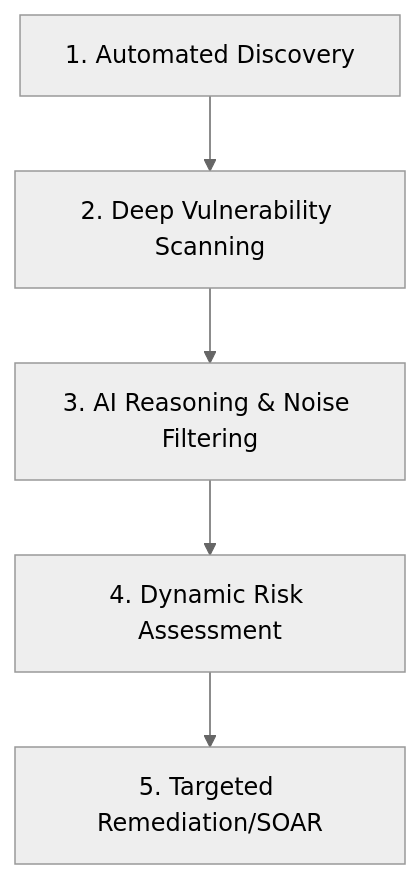
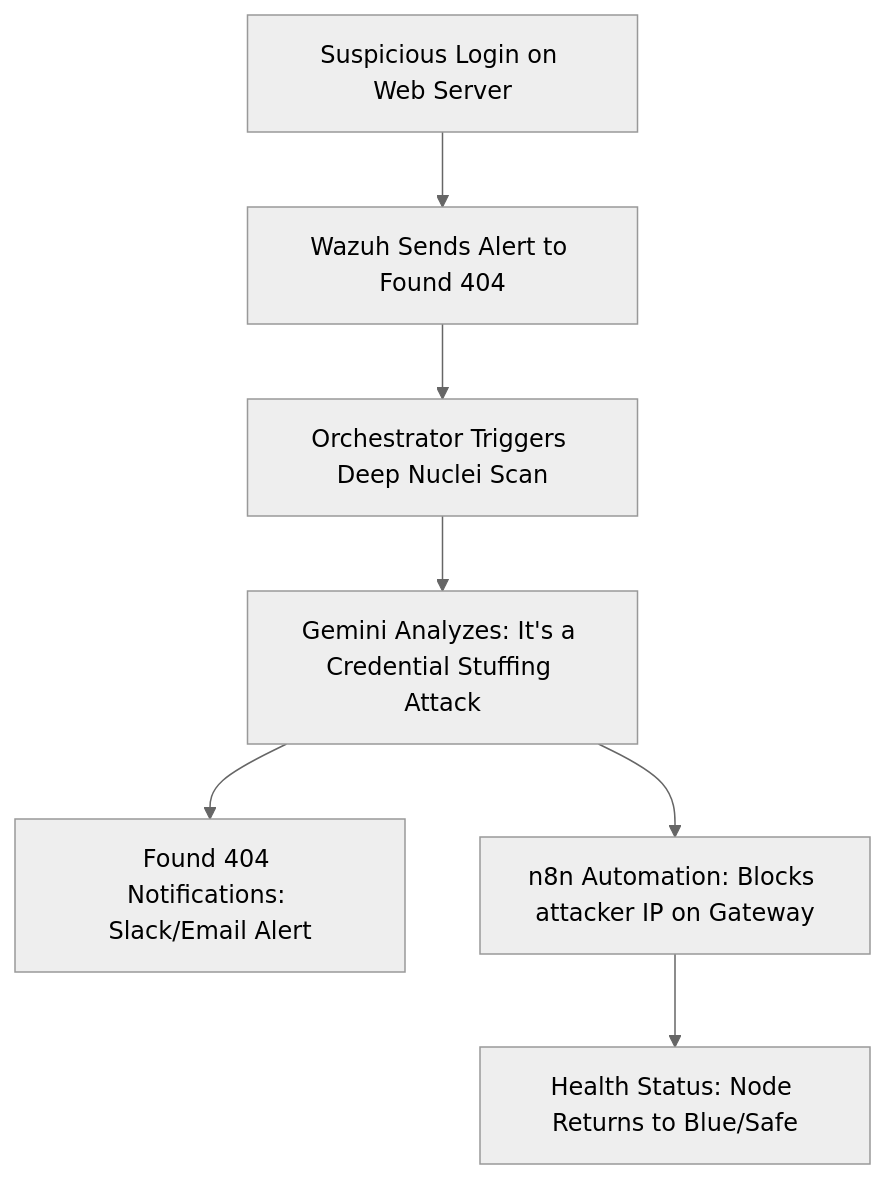
The fifth of 5 diagrams in FOUND_404_PRESENTATION.md (MazenAlaa305/ORCHESTRATION-SECURITY-CENTER), drawn with Mermaid (neutral theme) before and after one commit. The commit also changed other lines of this file, not shown here.

Commit message:
docs: add comprehensive 15-slide orchestration presentation with AI reasoning and visual flows

````diff
--- a/FOUND_404_PRESENTATION.md
+++ b/FOUND_404_PRESENTATION.md
@@ -71,7 +190,9 @@
 ```mermaid
 graph TD
-    A[1. Automated Discovery] --> B[2. Deep Vulnerability Scanning]
-    B --> C[3. AI Reasoning & Noise Filtering]
-    C --> D[4. Dynamic Risk Assessment]
-    D --> E[5. Targeted Remediation/SOAR]
+    A[Suspicious Login on Web Server] --> B[Wazuh Sends Alert to Found 404]
+    B --> C[Orchestrator Triggers Deep Nuclei Scan]
+    C --> D[Gemini Analyzes: It's a Credential Stuffing Attack]
+    D --> E[Found 404 Notifications: Slack/Email Alert]
+    D --> F[n8n Automation: Blocks attacker IP on Gateway]
+    F --> G[Health Status: Node Returns to Blue/Safe]
 ```
````
